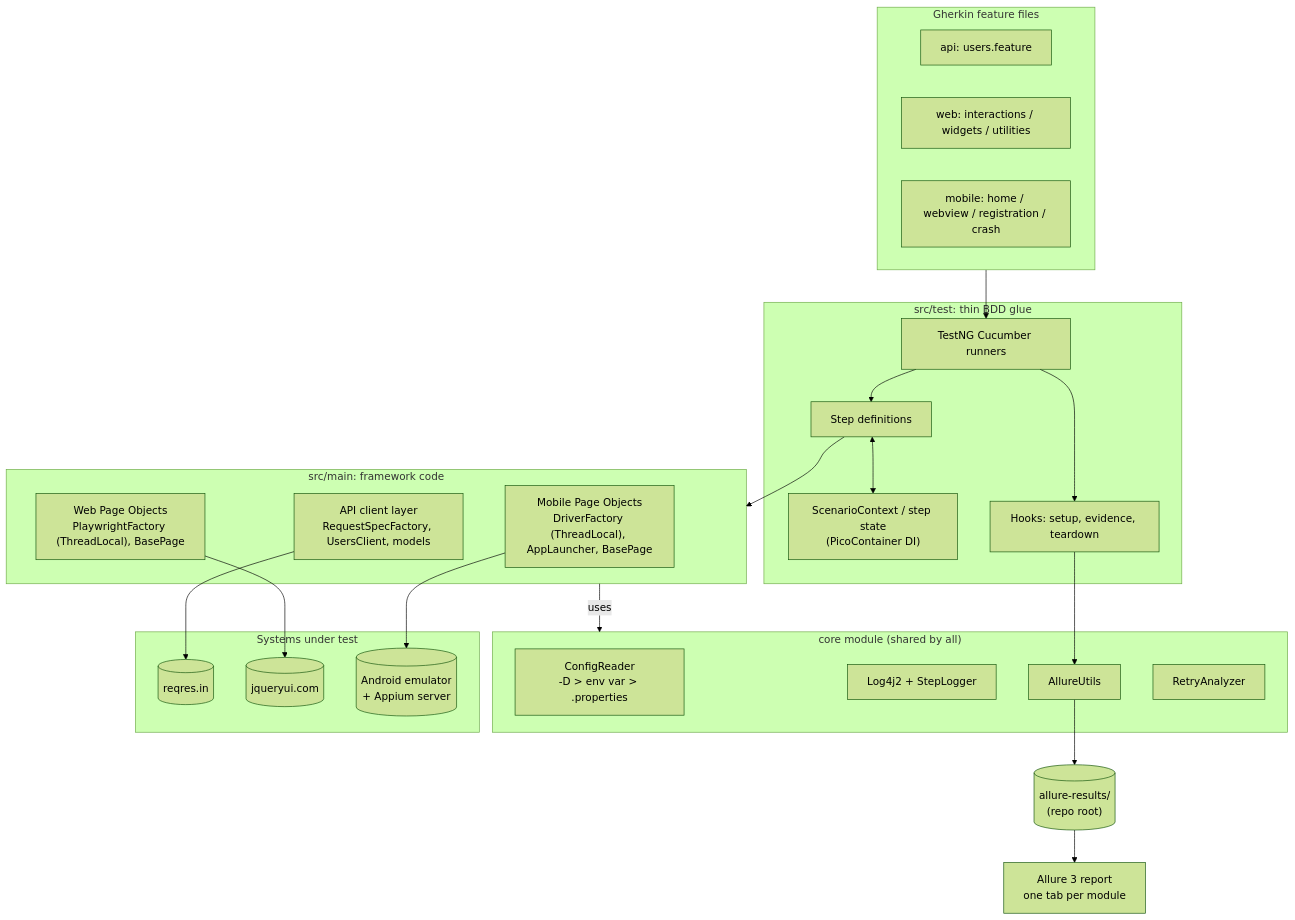
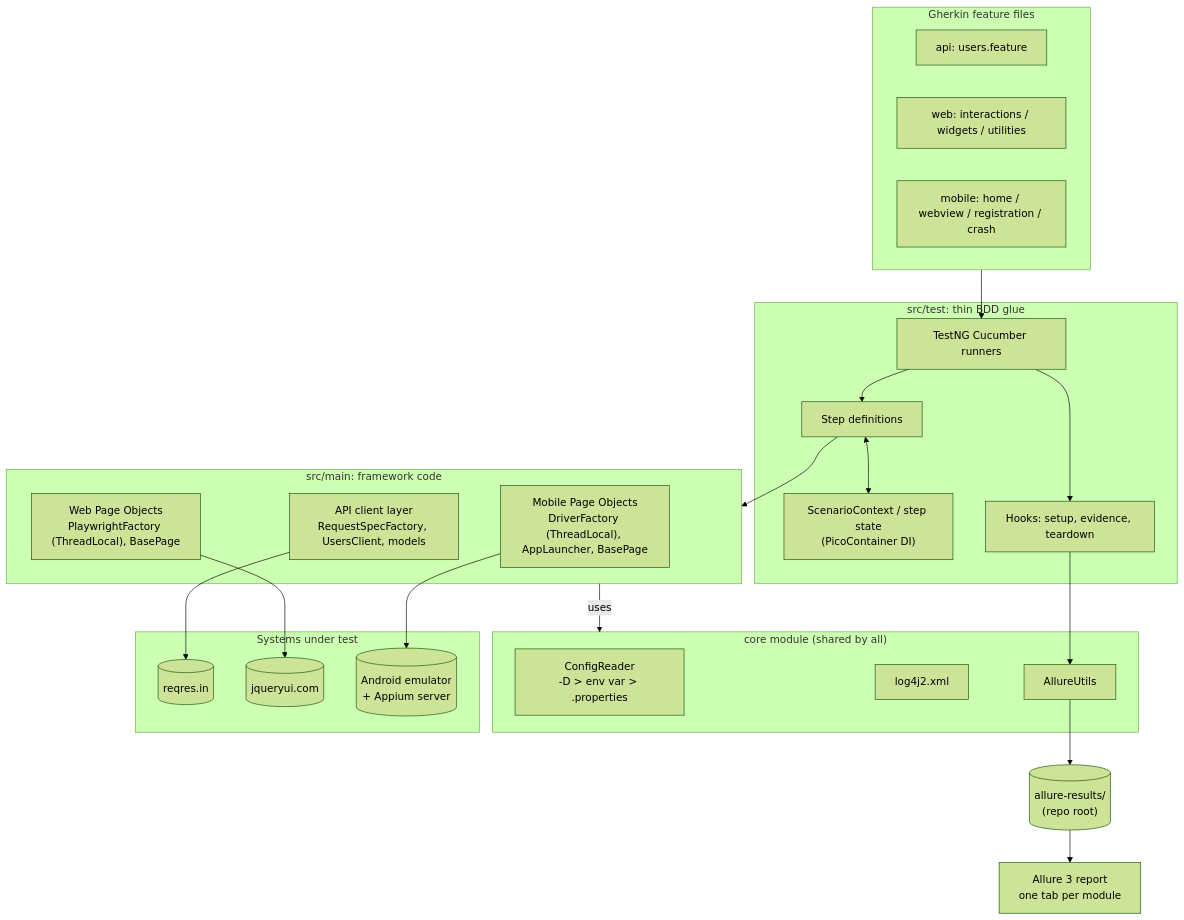
The diagram in README.md (alaasayedrashed/sdet-evaluation), drawn with Mermaid (forest theme) before and after one commit. The commit also changed other lines of this file, not shown here.

````diff
--- a/README.md
+++ b/README.md
@@ -66,47 +68,46 @@
 ```mermaid
 flowchart TB
     subgraph features["Gherkin feature files"]
         F1["api: users.feature"]
         F2["web: interactions / widgets / utilities"]
         F3["mobile: home / webview / registration / crash"]
     end
 
     subgraph tests["src/test: thin BDD glue"]
         R["TestNG Cucumber runners"]
         S["Step definitions"]
         C["ScenarioContext / step state<br/>(PicoContainer DI)"]
         H["Hooks: setup, evidence, teardown"]
     end
 
     subgraph main["src/main: framework code"]
         API["API client layer<br/>RequestSpecFactory, UsersClient, models"]
         WEB["Web Page Objects<br/>PlaywrightFactory (ThreadLocal), BasePage"]
         MOB["Mobile Page Objects<br/>DriverFactory (ThreadLocal), AppLauncher, BasePage"]
     end
 
     subgraph core["core module (shared by all)"]
         CFG["ConfigReader<br/>-D > env var > .properties"]
-        LOG["Log4j2 + StepLogger"]
+        LOG["log4j2.xml"]
         REP["AllureUtils"]
-        RET["RetryAnalyzer"]
     end
 
     subgraph sut["Systems under test"]
         SUT1[("reqres.in")]
         SUT2[("jqueryui.com")]
         SUT3[("Android emulator<br/>+ Appium server")]
     end
 
     features --> R
     R --> S
     R --> H
     S <--> C
     S --> main
     main -->|uses| core
     H --> REP
     API --> SUT1
     WEB --> SUT2
     MOB --> SUT3
     REP --> AR[("allure-results/<br/>(repo root)")]
     AR --> RPT["Allure 3 report<br/>one tab per module"]
 ```
````
